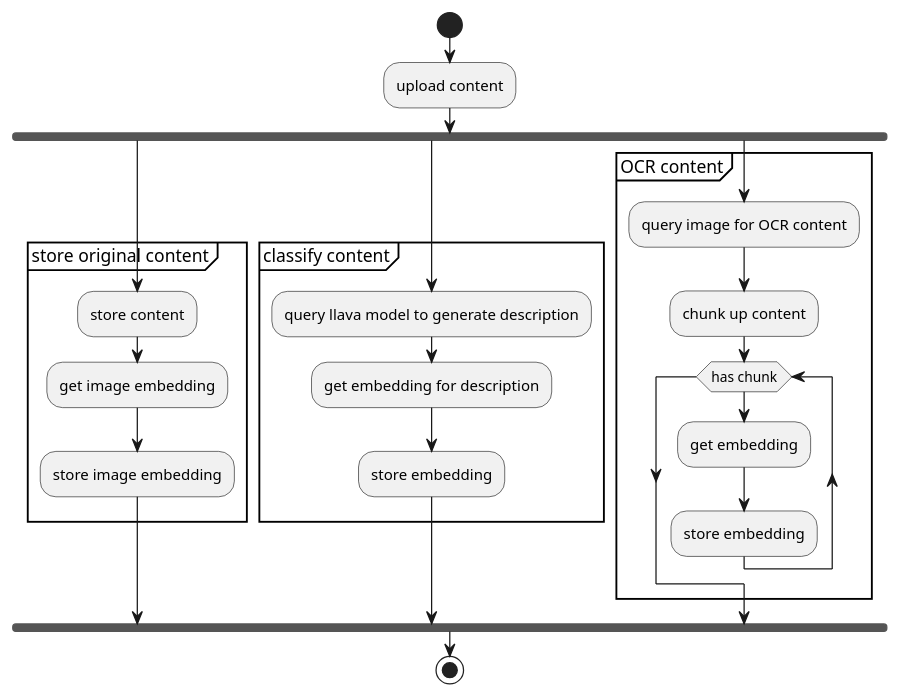
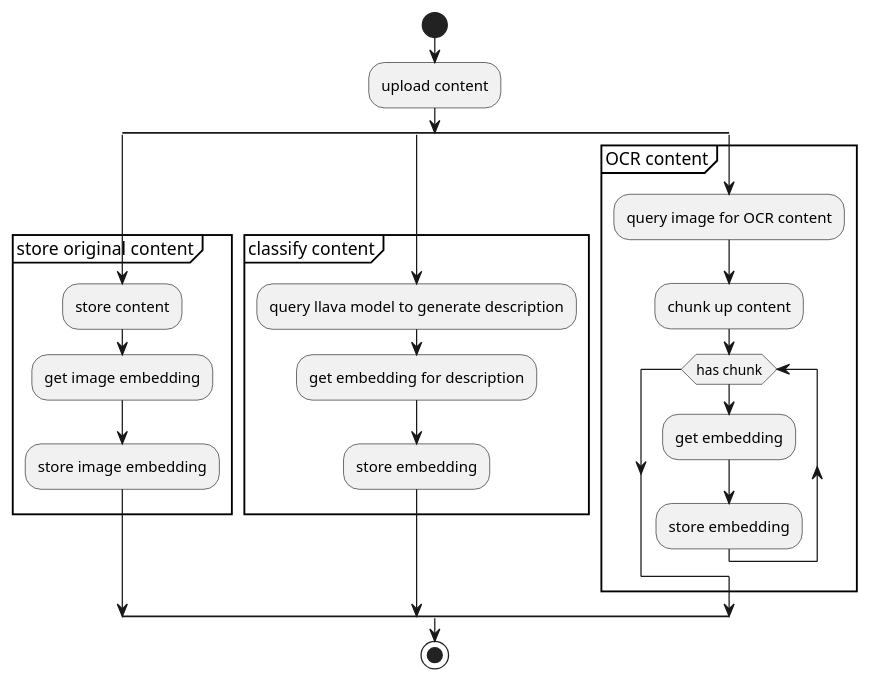
One commit to OutOfBandDevelopment/dotex changed the third of 3 diagrams in docs/design/HybridSearch/upload-and-search-diagrams.md. Above: the diagram before and after it, drawn with PlantUML. The commit also changed other lines of this file and 5 other files, not shown here.

Commit message:
Fix the HybridSearch upload diagrams, list the example entry points, merge the owner requests into the backlog

````diff
--- a/docs/design/HybridSearch/upload-and-search-diagrams.md
+++ b/docs/design/HybridSearch/upload-and-search-diagrams.md
@@ -69,32 +71,32 @@
 ```plantuml
 @startuml
-start 
+start
 
 :upload content;
 
-fork
+split
     group store original content
         :store content;
         :get image embedding;
         :store image embedding;
     end group
-fork again
+split again
     group classify content
         :query llava model to generate description;
         :get embedding for description;
         :store embedding;
     end group   
-fork again
+split again
     group OCR content
         :query image for OCR content;
         :chunk up content;
         while (has chunk)
             :get embedding;
             :store embedding;
         endwhile
     end group 
-end fork
+end split
 
 stop
 @enduml
 ```
````
